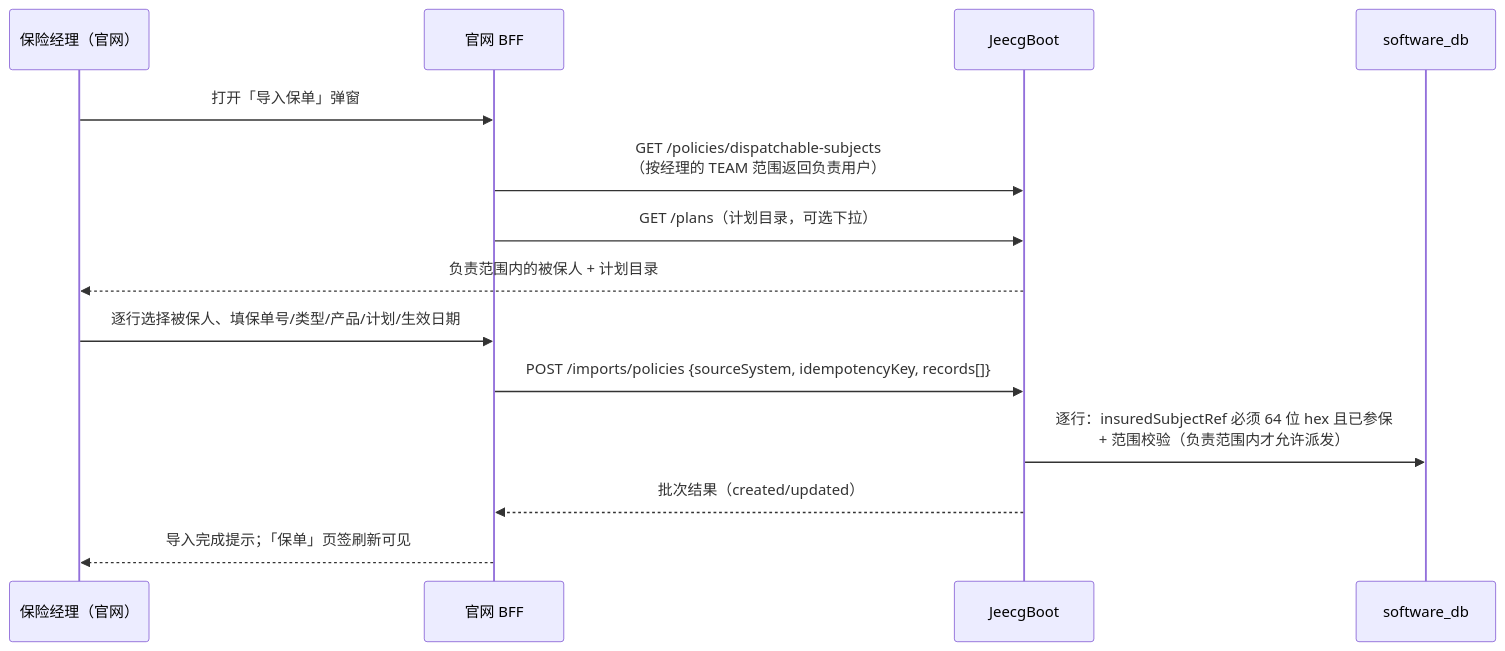
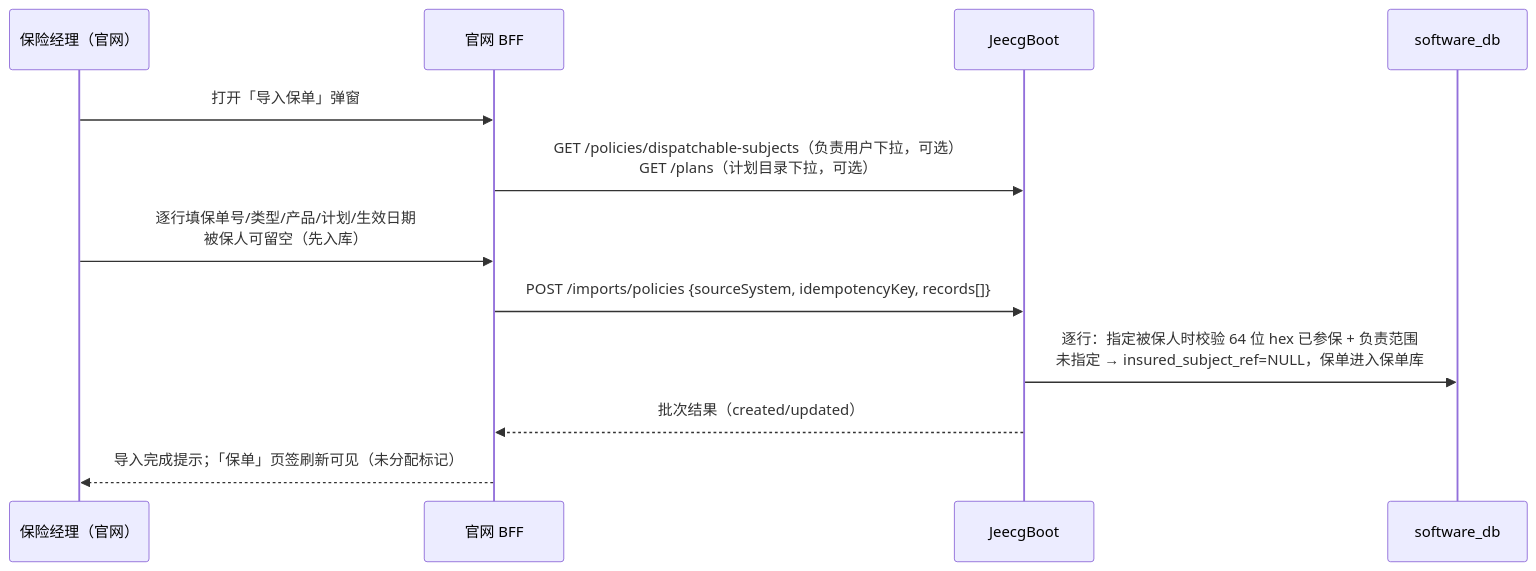
Before and after one commit to wjmlong/rehealth_tongbu: the third of 8 diagrams in docs/保险侧保单创建与派发流程.md, drawn with Mermaid. The commit also changed other lines of this file and 11 other files, not shown here.

````diff
--- a/docs/保险侧保单创建与派发流程.md
+++ b/docs/保险侧保单创建与派发流程.md
@@ -90,16 +97,14 @@
 ```mermaid
 sequenceDiagram
     participant M as 保险经理（官网）
     participant BFF as 官网 BFF
     participant JEE as JeecgBoot
     participant DB as software_db
     M->>BFF: 打开「导入保单」弹窗
-    BFF->>JEE: GET /policies/dispatchable-subjects<br>（按经理的 TEAM 范围返回负责用户）
-    BFF->>JEE: GET /plans（计划目录，可选下拉）
-    JEE-->>M: 负责范围内的被保人 + 计划目录
-    M->>BFF: 逐行选择被保人、填保单号/类型/产品/计划/生效日期
+    BFF->>JEE: GET /policies/dispatchable-subjects（负责用户下拉，可选）<br>GET /plans（计划目录下拉，可选）
+    M->>BFF: 逐行填保单号/类型/产品/计划/生效日期<br>被保人可留空（先入库）
     BFF->>JEE: POST /imports/policies {sourceSystem, idempotencyKey, records[]}
-    JEE->>DB: 逐行：insuredSubjectRef 必须 64 位 hex 且已参保<br>+ 范围校验（负责范围内才允许派发）
+    JEE->>DB: 逐行：指定被保人时校验 64 位 hex 已参保 + 负责范围<br>未指定 → insured_subject_ref=NULL，保单进入保单库
     JEE-->>BFF: 批次结果（created/updated）
-    BFF-->>M: 导入完成提示；「保单」页签刷新可见
+    BFF-->>M: 导入完成提示；「保单」页签刷新可见（未分配标记）
 ```
````
